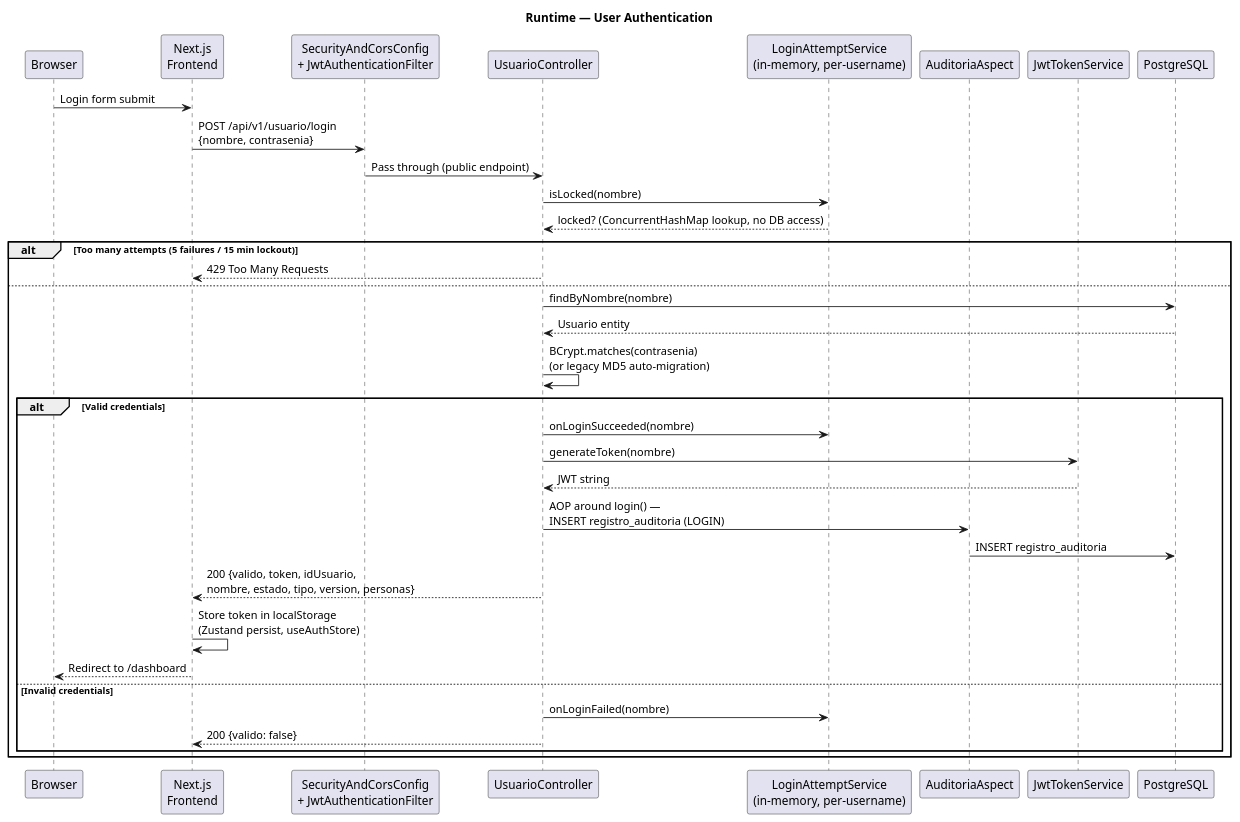
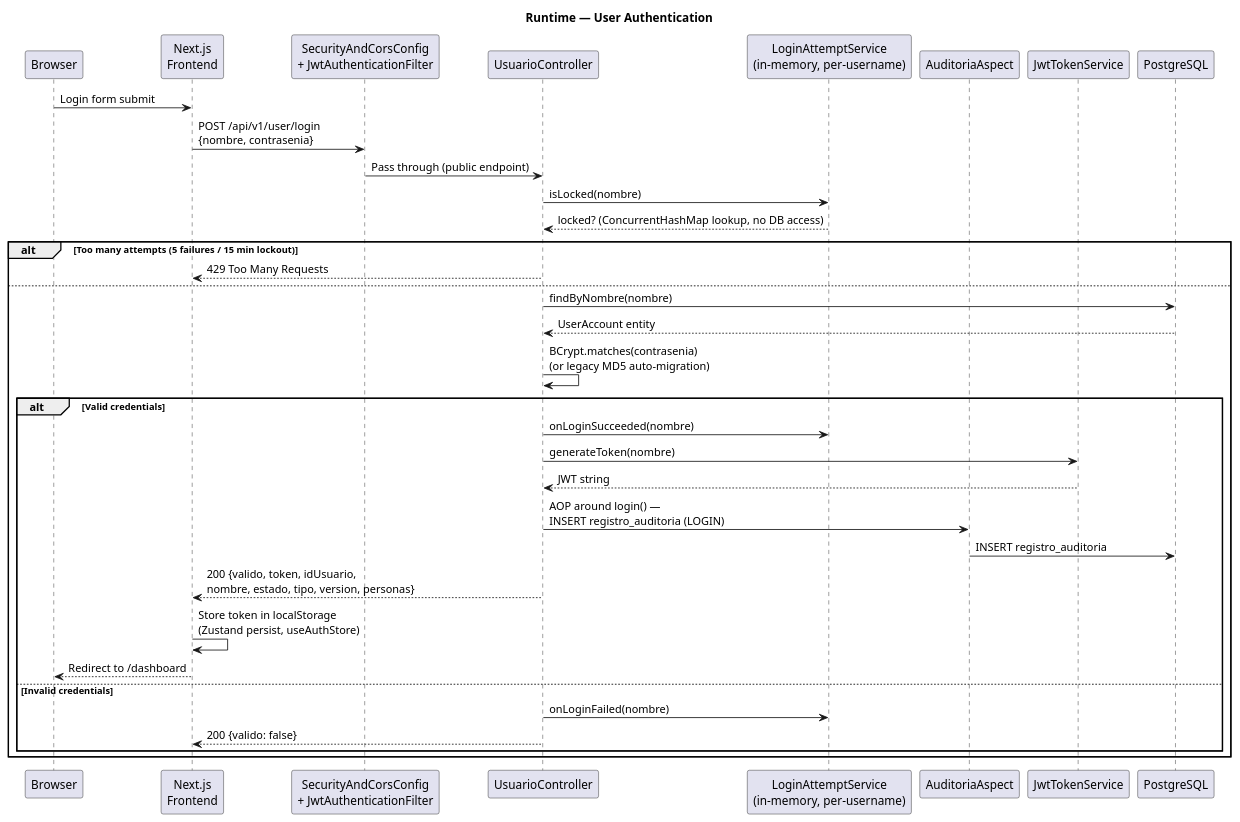
The eighth of 13 diagrams in docs/200-architecture/201-SAD/sad.md (matiaspakua/notaire), drawn with PlantUML before and after one commit. The commit also changed other lines of this file and 1203 other files, not shown here.

````diff
--- a/docs/200-architecture/201-SAD/sad.md
+++ b/docs/200-architecture/201-SAD/sad.md
@@ -628,40 +628,40 @@
 ```plantuml
 @startuml
 title Runtime — User Authentication
 
 participant "Browser" as B
 participant "Next.js\nFrontend" as FE
 participant "SecurityAndCorsConfig\n+ JwtAuthenticationFilter" as Sec
 participant "UsuarioController" as Ctrl
 participant "LoginAttemptService\n(in-memory, per-username)" as Login
 participant "AuditoriaAspect" as Audit
 participant "JwtTokenService" as JWT
 participant "PostgreSQL" as DB
 
 B -> FE : Login form submit
-FE -> Sec : POST /api/v1/usuario/login\n{nombre, contrasenia}
+FE -> Sec : POST /api/v1/user/login\n{nombre, contrasenia}
 Sec -> Ctrl : Pass through (public endpoint)
 Ctrl -> Login : isLocked(nombre)
 Login --> Ctrl : locked? (ConcurrentHashMap lookup, no DB access)
 alt Too many attempts (5 failures / 15 min lockout)
   Ctrl --> FE : 429 Too Many Requests
 else
   Ctrl -> DB : findByNombre(nombre)
-  DB --> Ctrl : Usuario entity
+  DB --> Ctrl : UserAccount entity
   Ctrl -> Ctrl : BCrypt.matches(contrasenia)\n(or legacy MD5 auto-migration)
   alt Valid credentials
     Ctrl -> Login : onLoginSucceeded(nombre)
     Ctrl -> JWT : generateToken(nombre)
     JWT --> Ctrl : JWT string
     Ctrl -> Audit : AOP around login() —\nINSERT registro_auditoria (LOGIN)
     Audit -> DB : INSERT registro_auditoria
     Ctrl --> FE : 200 {valido, token, idUsuario,\nnombre, estado, tipo, version, personas}
     FE -> FE : Store token in localStorage\n(Zustand persist, useAuthStore)
     FE --> B : Redirect to /dashboard
   else Invalid credentials
     Ctrl -> Login : onLoginFailed(nombre)
     Ctrl --> FE : 200 {valido: false}
   end
 end
 @enduml
 ```
````
